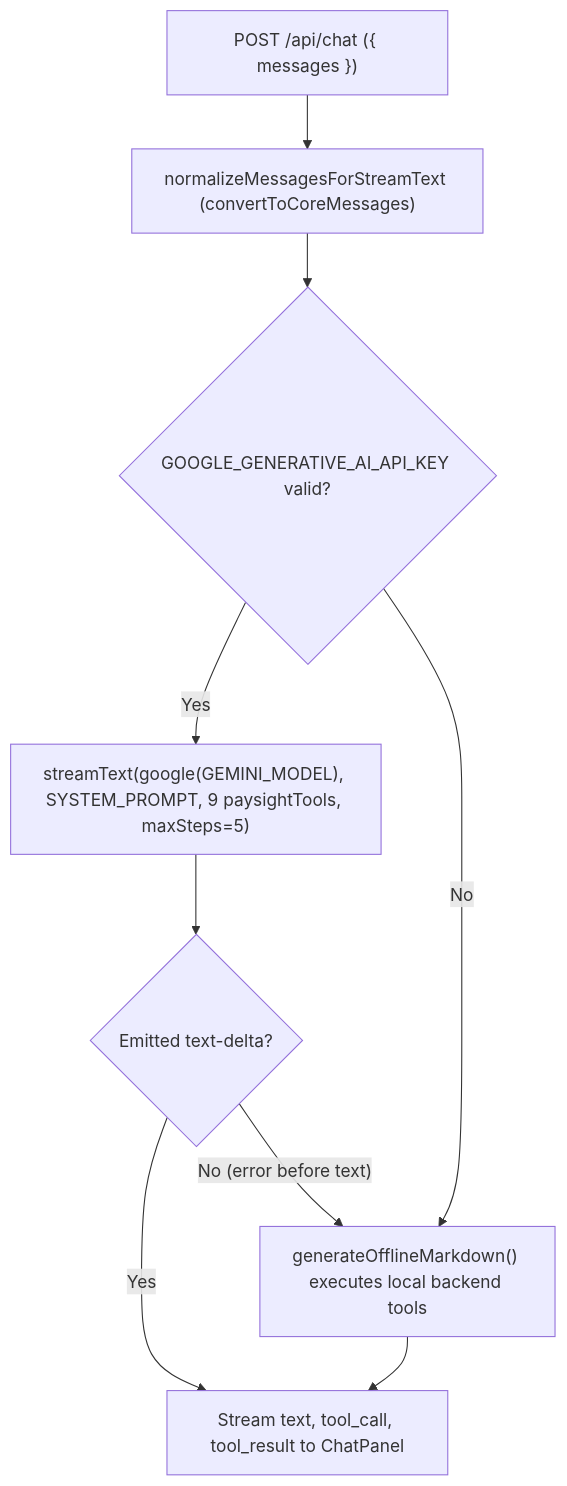
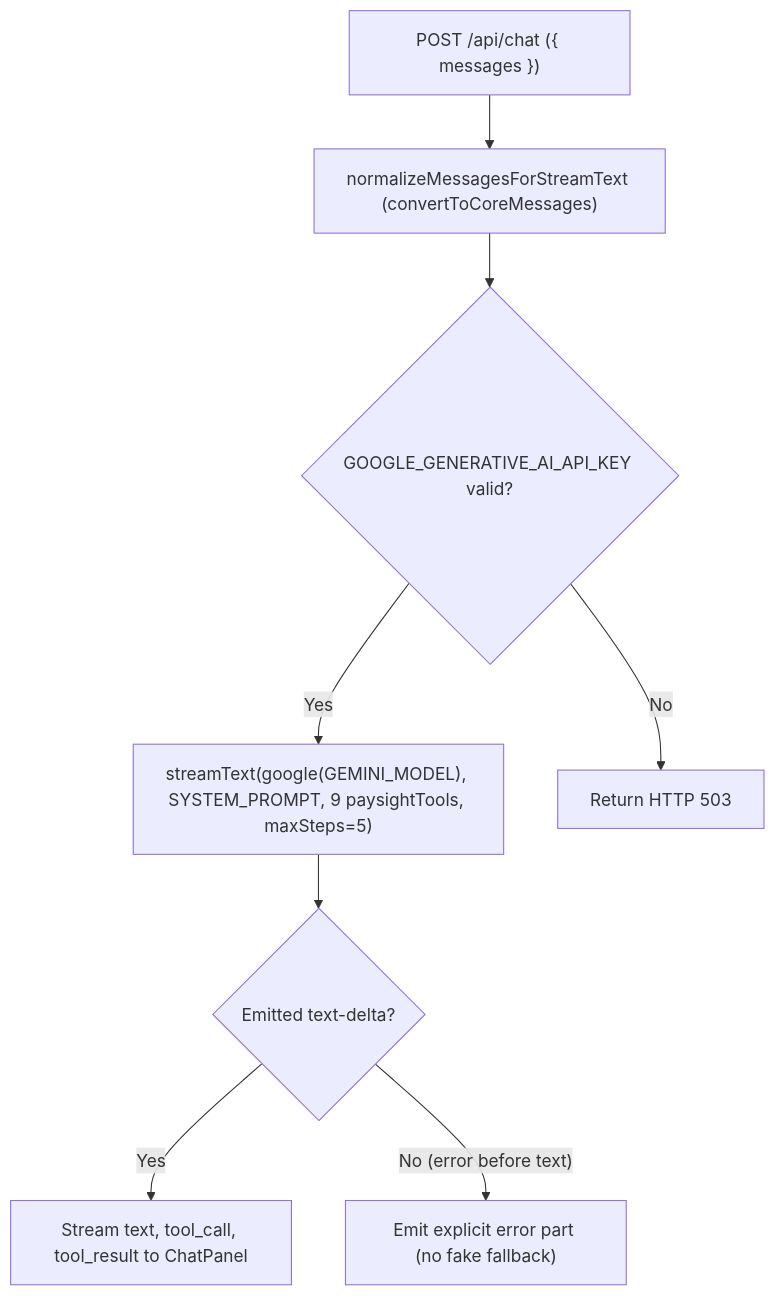
Before and after one commit to yugomania/Paysight: the fifth of 5 diagrams in ARCHITECTURE.md, drawn with Mermaid. The commit also changed other lines of this file and 40 other files, not shown here.

````diff
--- a/ARCHITECTURE.md
+++ b/ARCHITECTURE.md
@@ -164,11 +162,10 @@
 ```mermaid
 flowchart TD
     REQ["POST /api/chat ({ messages })"] --> NORM["normalizeMessagesForStreamText (convertToCoreMessages)"]
     NORM --> CHECK{"GOOGLE_GENERATIVE_AI_API_KEY valid?"}
     CHECK -- Yes --> GEM["streamText(google(GEMINI_MODEL), SYSTEM_PROMPT, 9 paysightTools, maxSteps=5)"]
     GEM --> STREAM{"Emitted text-delta?"}
     STREAM -- Yes --> SSE["Stream text, tool_call, tool_result to ChatPanel"]
-    STREAM -- "No (error before text)" --> FB["generateOfflineMarkdown() executes local backend tools"]
-    CHECK -- No --> FB
-    FB --> SSE
+    STREAM -- "No (error before text)" --> ERR["Emit explicit error part (no fake fallback)"]
+    CHECK -- No --> R503["Return HTTP 503"]
 ```
````
